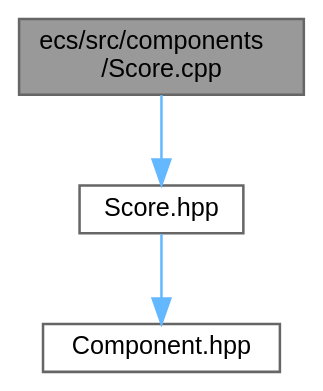
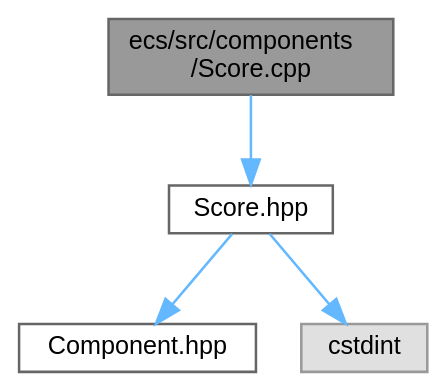
Before and after one commit to Houpsi/R-Type: the diagram in Score_8cpp__incl.dot, drawn with Graphviz. The commit also changed 193 other files, not shown here.

```diff
--- a/Score_8cpp__incl.dot
+++ b/Score_8cpp__incl.dot
@@ -1,12 +1,14 @@
 digraph "ecs/src/components/Score.cpp"
 {
  // LATEX_PDF_SIZE
   bgcolor="transparent";
   edge [fontname=Helvetica,fontsize=10,labelfontname=Helvetica,labelfontsize=10];
   node [fontname=Helvetica,fontsize=10,shape=box,height=0.2,width=0.4];
   Node1 [id="Node000001",label="ecs/src/components\l/Score.cpp",height=0.2,width=0.4,color="gray40", fillcolor="grey60", style="filled", fontcolor="black",tooltip=" "];
   Node1 -> Node2 [id="edge1_Node000001_Node000002",color="steelblue1",style="solid",tooltip=" "];
   Node2 [id="Node000002",label="Score.hpp",height=0.2,width=0.4,color="grey40", fillcolor="white", style="filled",URL="$Score_8hpp.html",tooltip=" "];
   Node2 -> Node3 [id="edge2_Node000002_Node000003",color="steelblue1",style="solid",tooltip=" "];
   Node3 [id="Node000003",label="Component.hpp",height=0.2,width=0.4,color="grey40", fillcolor="white", style="filled",URL="$Component_8hpp.html",tooltip=" "];
+  Node2 -> Node4 [id="edge3_Node000002_Node000004",color="steelblue1",style="solid",tooltip=" "];
+  Node4 [id="Node000004",label="cstdint",height=0.2,width=0.4,color="grey60", fillcolor="#E0E0E0", style="filled",tooltip=" "];
 }
```
